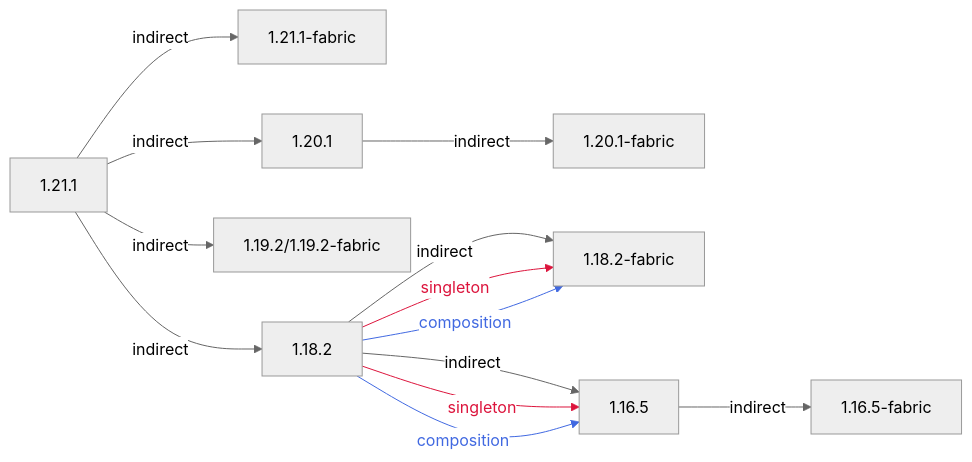
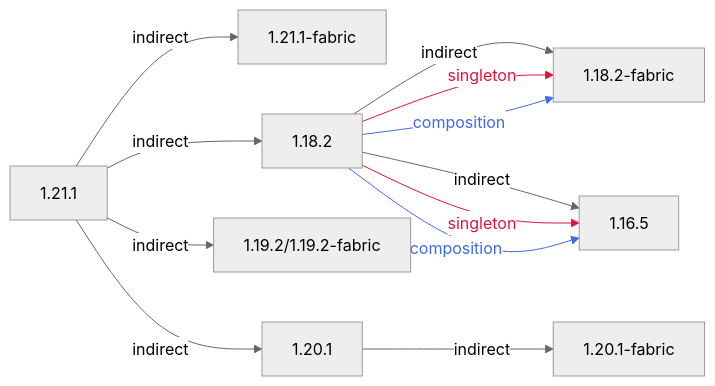
The diagram in projects/1.21/assets/macaws-bridges/mcwbridges/README.md (CFPAOrg/Minecraft-Mod-Language-Package), drawn with Mermaid (neutral theme) before and after one commit. The commit also changed other lines of this file and 49 other files, not shown here.

````diff
--- a/projects/1.21/assets/macaws-bridges/mcwbridges/README.md
+++ b/projects/1.21/assets/macaws-bridges/mcwbridges/README.md
@@ -3,13 +3,12 @@
 ```mermaid
 flowchart LR
     1.21.1 -->|indirect| 1.21.1-fabric
     1.20.1 -->|indirect| 1.20.1-fabric
     1.21.1 -->|indirect| 1.19.2/1.19.2-fabric & 1.18.2
     1.18.2 -->|indirect| 1.18.2-fabric & 1.16.5
     1.18.2 -->|singleton| 1.18.2-fabric & 1.16.5
     1.18.2 -->|composition| 1.18.2-fabric & 1.16.5
-    1.16.5 -->|indirect| 1.16.5-fabric
     1.21.1 -->|indirect| 1.20.1
     linkStyle 6,7 color:crimson,stroke:crimson
     linkStyle 8,9 color:royalblue,stroke:royalblue
 ```
````
